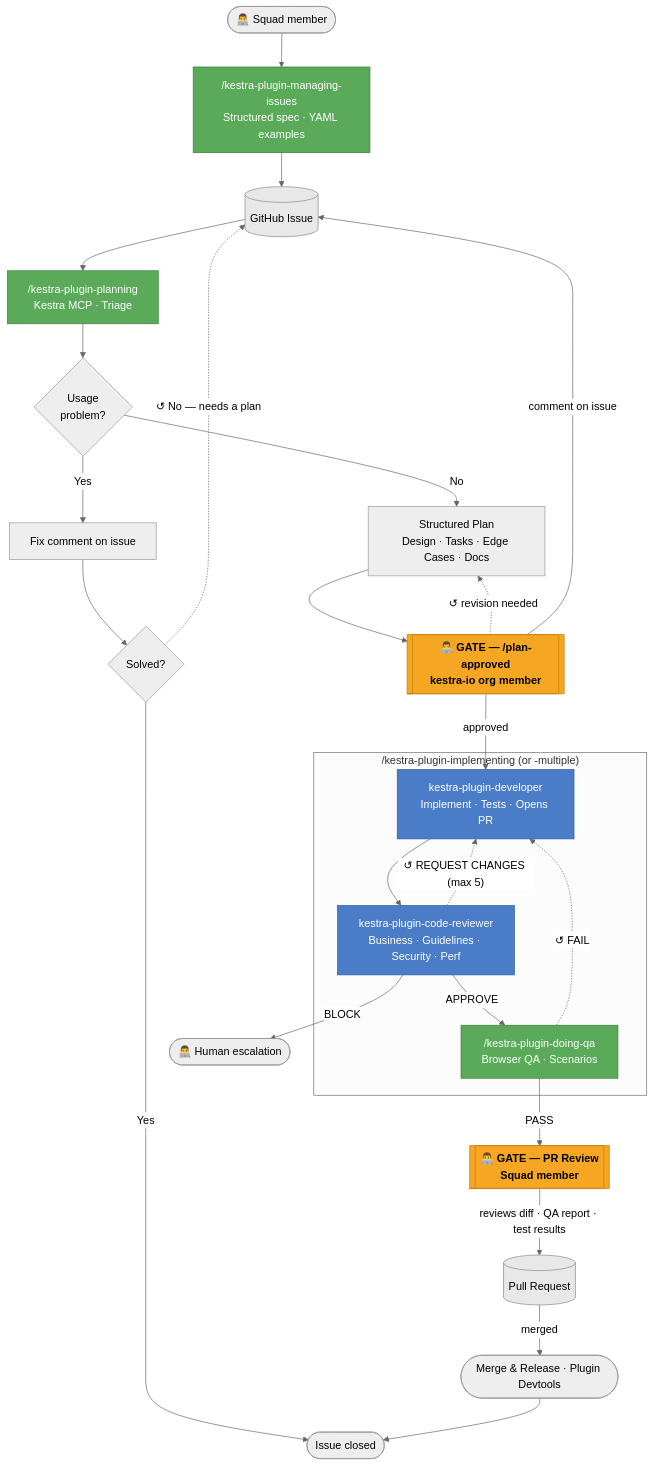
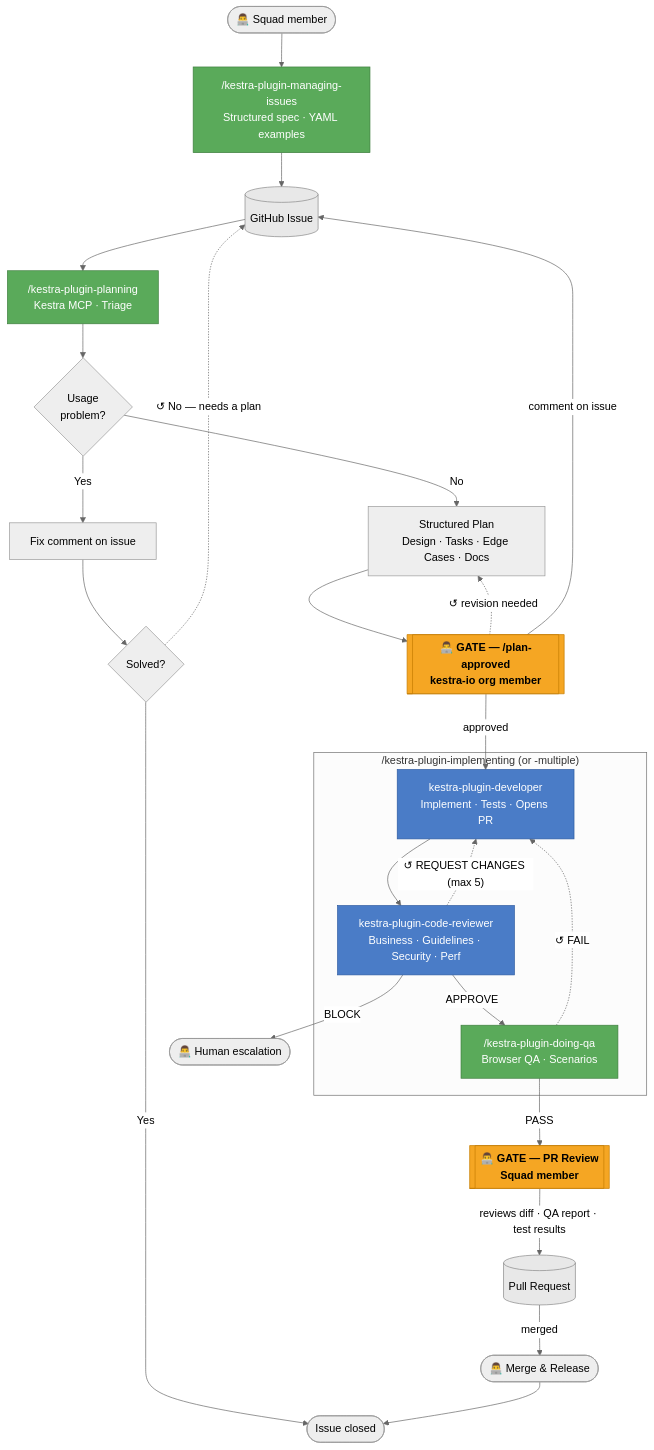
Before and after one commit to kestra-io/docs: the diagram in src/contents/blogs/context-engineering-plugins-squad/index.md, drawn with Mermaid (neutral theme).

Commit message:
docs: add emoji + remove Plugin Devtools on Merge & Release node

````diff
--- a/src/contents/blogs/context-engineering-plugins-squad/index.md
+++ b/src/contents/blogs/context-engineering-plugins-squad/index.md
@@ -90,42 +90,42 @@
 ```mermaid
 flowchart TD
     A(["👨‍💻 Squad member"]) --> B
     B["/kestra-plugin-managing-issues\nStructured spec · YAML examples"] --> GH
     GH[(GitHub Issue)] --> C
     C["/kestra-plugin-planning\nKestra MCP · Triage"] --> D{Usage\nproblem?}
     D -->|Yes| E[Fix comment on issue]
     E --> S{Solved?}
     S -->|Yes| DONE([Issue closed])
     S -.->|"↺ No — needs a plan"| GH
     D -->|No| F["Structured Plan\nDesign · Tasks · Edge Cases · Docs"]
     F --> G[["👨‍💻 GATE — /plan-approved\nkestra-io org member"]]
     G -.->|"↺ revision needed"| F
     G -->|"comment on issue"| GH
     G -->|approved| I
 
     subgraph IMPL["/kestra-plugin-implementing (or -multiple)"]
         I["kestra-plugin-developer\nImplement · Tests · Opens PR"]
         J["kestra-plugin-code-reviewer\nBusiness · Guidelines · Security · Perf"]
         L["/kestra-plugin-doing-qa\nBrowser QA · Scenarios"]
         I --> J
         J -.->|"↺ REQUEST CHANGES (max 5)"| I
         J -->|APPROVE| L
         L -.->|"↺ FAIL"| I
     end
 
     J -->|BLOCK| K(["👨‍💻 Human escalation"])
     L -->|PASS| M[["👨‍💻 GATE — PR Review\nSquad member"]]
     M -->|"reviews diff · QA report · test results"| PR[(Pull Request)]
-    PR -->|merged| N([Merge & Release · Plugin Devtools])
+    PR -->|merged| N(["👨‍💻 Merge & Release"])
     N --> DONE
 
     classDef humanGate fill:#f5a623,stroke:#c47d00,color:#000,font-weight:bold
     classDef agentStep fill:#4a7cc7,stroke:#2c5aa0,color:#fff
     classDef skillStep fill:#5aaa5a,stroke:#3d7d3d,color:#fff
     classDef artifact fill:#e8e8e8,stroke:#888,color:#000
 
     class G,M humanGate
     class I,J agentStep
     class B,C,L skillStep
     class GH,PR artifact
 ```
````
